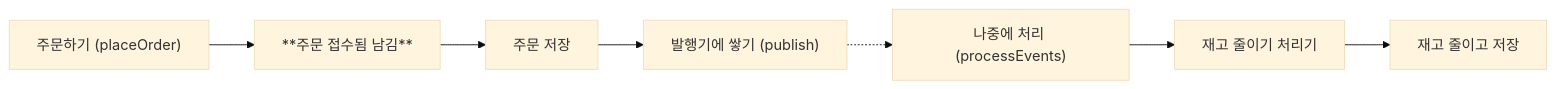
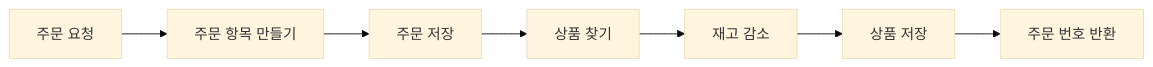
One commit to busan-bank-2026/ddd-example changed the diagram in .projectcode/chapters/order-events/diagrams/flow.md. Above: the diagram before and after it, drawn with Mermaid (base theme). The commit also changed other lines of this file and 14 other files, not shown here.

First line of the commit message:
[order-events] 수정 완료

````diff
--- a/.projectcode/chapters/order-events/diagrams/flow.md
+++ b/.projectcode/chapters/order-events/diagrams/flow.md
@@ -3,9 +3,9 @@
 ```mermaid
 flowchart LR
-  A["주문하기 (placeOrder)"] --> B[**주문 접수됨 남김**]
+  A[주문 요청] --> B[주문 항목 만들기]
   B --> C[주문 저장]
-  C --> D["발행기에 쌓기 (publish)"]
-  D -.-> E["나중에 처리 (processEvents)"]
-  E --> F[재고 줄이기 처리기]
-  F --> G[재고 줄이고 저장]
+  C --> D[상품 찾기]
+  D --> E[재고 감소]
+  E --> F[상품 저장]
+  F --> G[주문 번호 반환]
 ```
````
